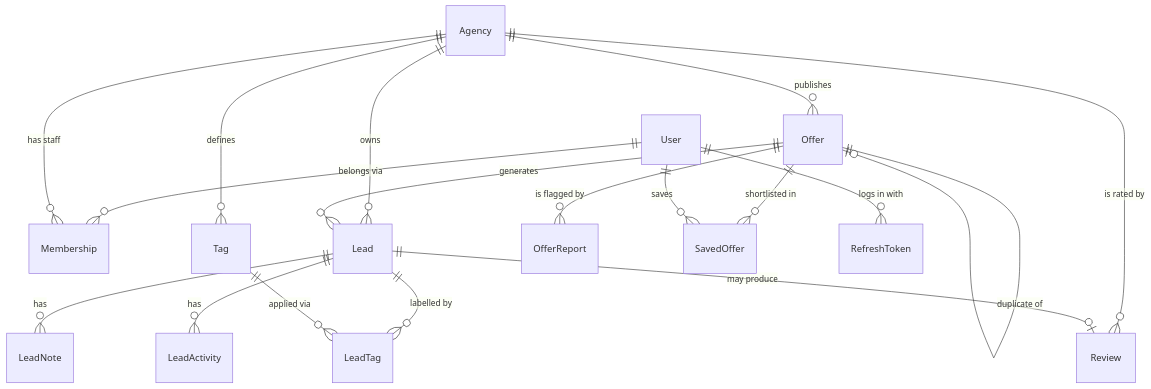
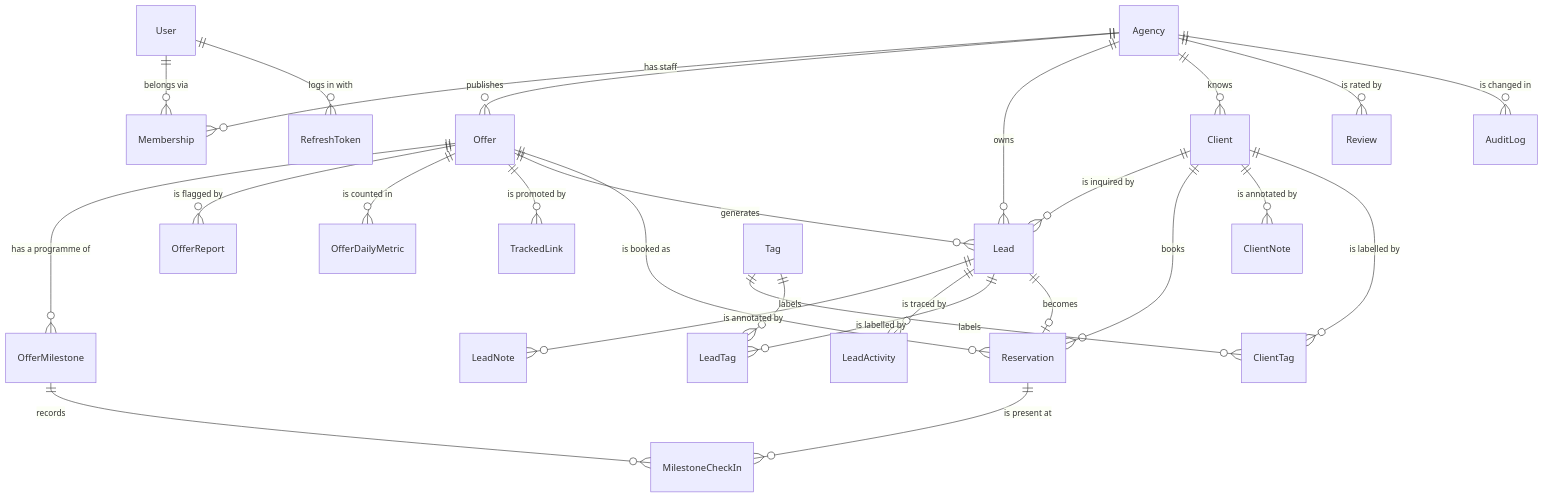
One commit to Oussama-Ouarezki/Rihlati changed the diagram in obsidian/Data Model/Data Model Overview.md. Above: the diagram before and after it, drawn with Mermaid. The commit also changed other lines of this file and 445 other files, not shown here.

````diff
--- a/obsidian/Data Model/Data Model Overview.md
+++ b/obsidian/Data Model/Data Model Overview.md
@@ -14,20 +26,29 @@
 ```mermaid
 erDiagram
-    User ||--o{ Membership : "belongs via"
-    Agency ||--o{ Membership : "has staff"
-    Agency ||--o{ Offer : publishes
-    Agency ||--o{ Lead : owns
-    Agency ||--o{ Tag : defines
-    Agency ||--o{ Review : "is rated by"
-    Offer ||--o{ Lead : generates
-    Offer ||--o{ OfferReport : "is flagged by"
-    Offer ||--o{ SavedOffer : "shortlisted in"
-    Offer ||--o| Offer : "duplicate of"
-    Lead ||--o{ LeadNote : has
-    Lead ||--o{ LeadActivity : has
-    Lead ||--o{ LeadTag : "labelled by"
-    Lead ||--o| Review : "may produce"
-    User ||--o{ SavedOffer : saves
-    User ||--o{ RefreshToken : "logs in with"
-    Tag ||--o{ LeadTag : "applied via"
+    User       ||--o{ Membership : "belongs via"
+    Agency     ||--o{ Membership : "has staff"
+    Agency     ||--o{ Offer : publishes
+    Agency     ||--o{ Lead : owns
+    Agency     ||--o{ Client : knows
+    Agency     ||--o{ Review : "is rated by"
+    Agency     ||--o{ AuditLog : "is changed in"
+    User       ||--o{ RefreshToken : "logs in with"
+    Offer      ||--o{ OfferMilestone : "has a programme of"
+    Offer      ||--o{ OfferReport : "is flagged by"
+    Offer      ||--o{ OfferDailyMetric : "is counted in"
+    Offer      ||--o{ TrackedLink : "is promoted by"
+    Offer      ||--o{ Lead : generates
+    Offer      ||--o{ Reservation : "is booked as"
+    Client     ||--o{ Lead : "is inquired by"
+    Client     ||--o{ Reservation : books
+    Client     ||--o{ ClientNote : "is annotated by"
+    Client     ||--o{ ClientTag : "is labelled by"
+    Tag        ||--o{ ClientTag : labels
+    Lead       ||--o{ LeadNote : "is annotated by"
+    Lead       ||--o{ LeadActivity : "is traced by"
+    Lead       ||--o{ LeadTag : "is labelled by"
+    Tag        ||--o{ LeadTag : labels
+    Lead       ||--o| Reservation : becomes
+    Reservation ||--o{ MilestoneCheckIn : "is present at"
+    OfferMilestone ||--o{ MilestoneCheckIn : records
 ```
````
